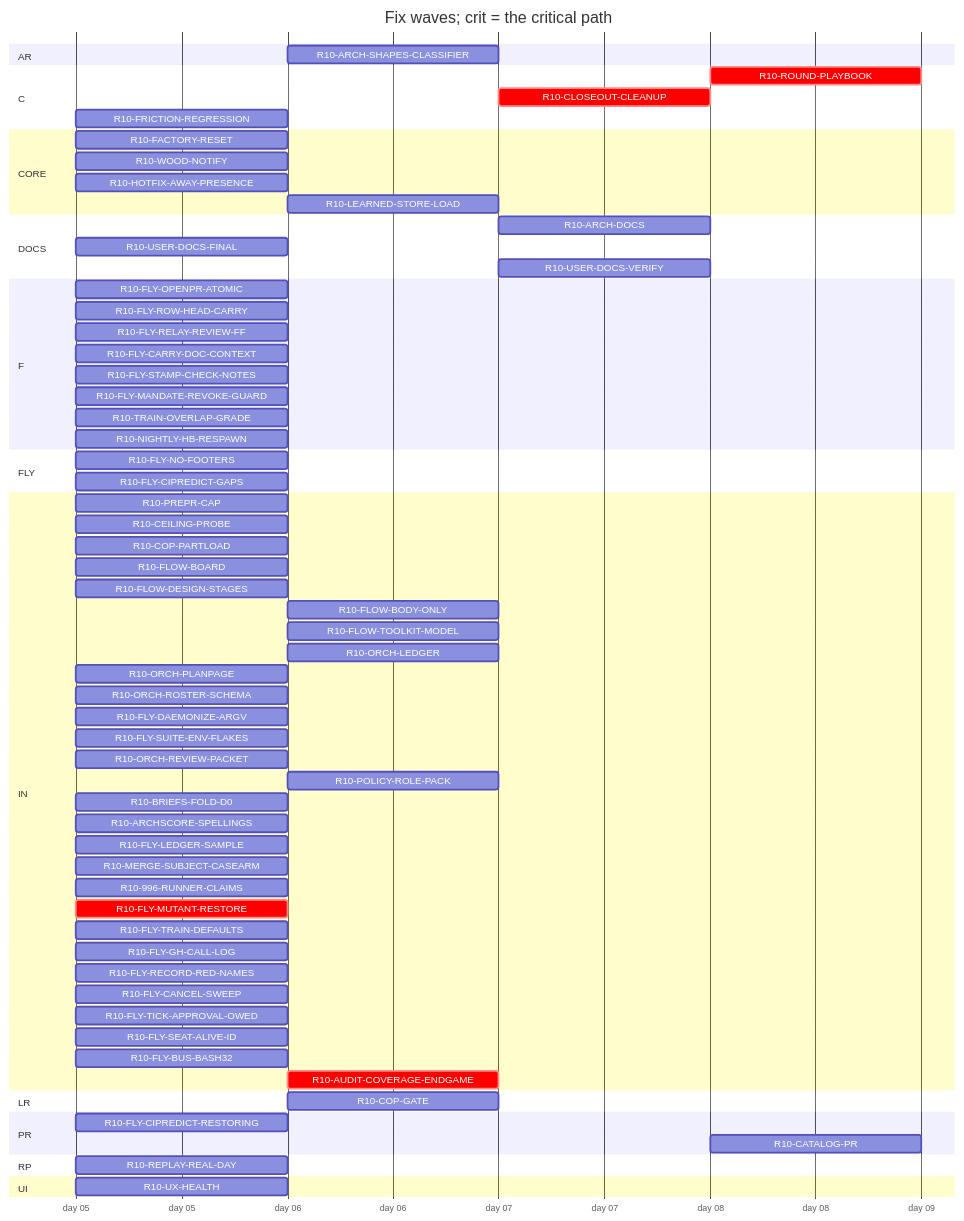
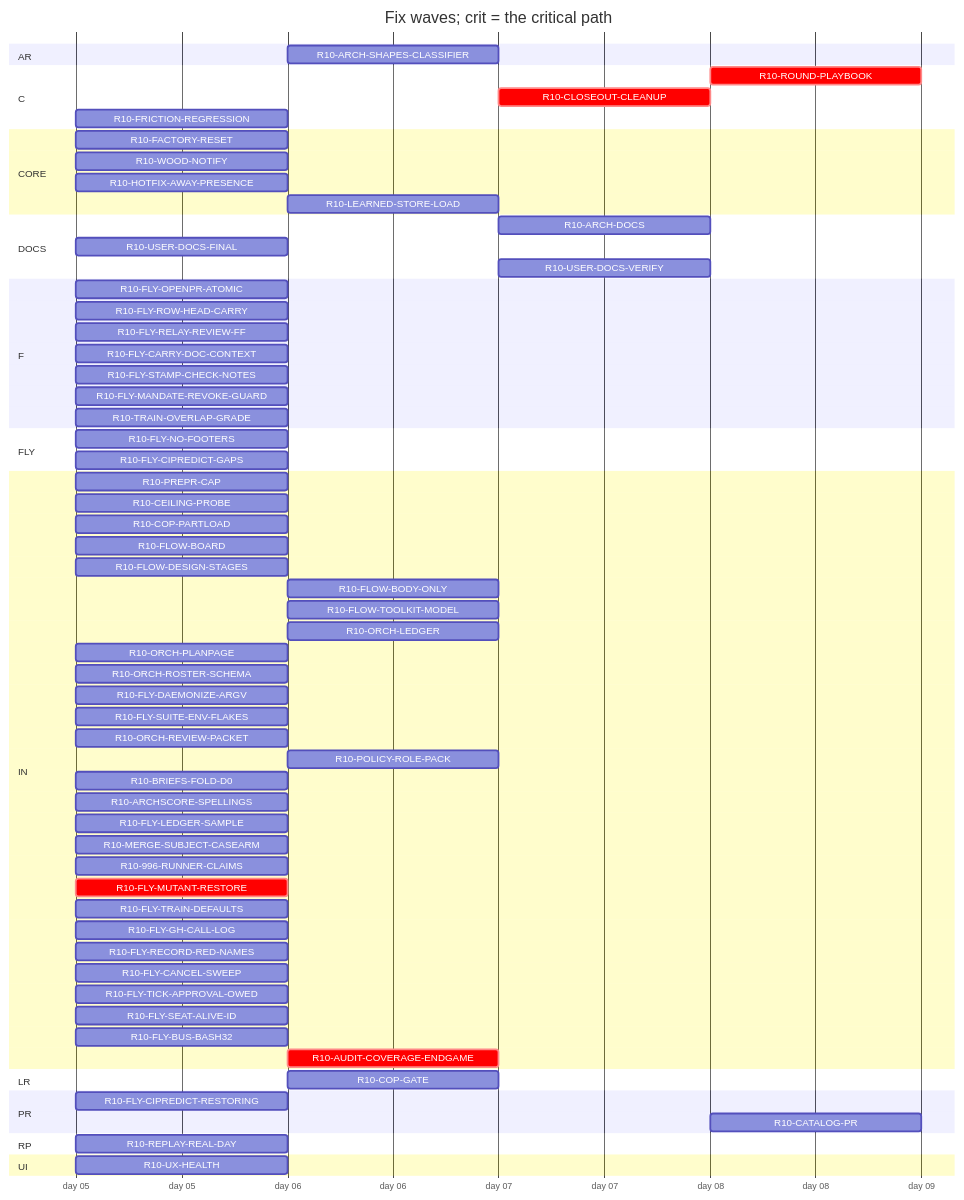
The diagram in handoff/round10/state/PLAN-TABLE.md (tvofi/heatpump_optimizer), drawn with Mermaid before and after one commit. The commit also changed other lines of this file and 3 other files, not shown here.

Commit message:
state: FLOW-BOARD.md, NEXT-SESSION-PROMPT.md, PLAN-TABLE.md, RESUME-CURRENT.md regenerated (state_docs.py)

````diff
--- a/handoff/round10/state/PLAN-TABLE.md
+++ b/handoff/round10/state/PLAN-TABLE.md
@@ -24,71 +24,70 @@
 ```mermaid
 gantt
   title Fix waves; crit = the critical path
   dateFormat YYYY-MM-DD
   axisFormat day %d
   section AR
     R10-ARCH-SHAPES-CLASSIFIER :r10ARCHSHAPESCLASSIFIER, after r10996RUNNERCLAIMS, 1d
   section C
     R10-ROUND-PLAYBOOK :crit, r10ROUNDPLAYBOOK, after r10ORCHLEDGER r10ORCHPLANPAGE r10FLYRELAYREVIEWFF r10FLOWBODYONLY r10AUDITCOVERAGEENDGAME r10FLOWDESIGNSTAGES r10ORCHROSTERSCHEMA r10FLOWTOOLKITMODEL r10TRAINOVERLAPGRADE r10FLYTRAINDEFAULTS r10FLYCANCELSWEEP r10POLICYROLEPACK r10ORCHREVIEWPACKET r10FLOWBOARD r10CLOSEOUTCLEANUP, 1d
     R10-CLOSEOUT-CLEANUP :crit, r10CLOSEOUTCLEANUP, after r10AUDITCOVERAGEENDGAME, 1d
     R10-FRICTION-REGRESSION :r10FRICTIONREGRESSION, 2026-01-05, 1d
   section CORE
     R10-FACTORY-RESET :r10FACTORYRESET, 2026-01-05, 1d
     R10-WOOD-NOTIFY :r10WOODNOTIFY, 2026-01-05, 1d
     R10-HOTFIX-AWAY-PRESENCE :r10HOTFIXAWAYPRESENCE, 2026-01-05, 1d
     R10-LEARNED-STORE-LOAD :r10LEARNEDSTORELOAD, after r10FACTORYRESET, 1d
   section DOCS
-    R10-ARCH-DOCS :r10ARCHDOCS, after r10COPGATE r10UXHEALTH r10CEILINGPROBE r10COPPARTLOAD r10FLOWBOARD r10FLOWDESIGNSTAGES r10FLOWBODYONLY r10FLYOPENPRATOMIC r10FLYROWHEADCARRY r10FLYRELAYREVIEWFF r10FLYCARRYDOCCONTEXT r10FLOWTOOLKITMODEL r10FLYSTAMPCHECKNOTES r10FLYMANDATEREVOKEGUARD r10TRAINOVERLAPGRADE r10NIGHTLYHBRESPAWN r10ORCHLEDGER r10ORCHPLANPAGE r10ORCHROSTERSCHEMA r10FLYDAEMONIZEARGV r10ORCHREVIEWPACKET r10POLICYROLEPACK r10BRIEFSFOLDD0 r10REPLAYREALDAY r10ARCHSCORESPELLINGS r10FLYLEDGERSAMPLE, 1d
+    R10-ARCH-DOCS :r10ARCHDOCS, after r10COPGATE r10UXHEALTH r10CEILINGPROBE r10COPPARTLOAD r10FLOWBOARD r10FLOWDESIGNSTAGES r10FLOWBODYONLY r10FLYOPENPRATOMIC r10FLYROWHEADCARRY r10FLYRELAYREVIEWFF r10FLYCARRYDOCCONTEXT r10FLOWTOOLKITMODEL r10FLYSTAMPCHECKNOTES r10FLYMANDATEREVOKEGUARD r10TRAINOVERLAPGRADE r10FLYSUITEENVFLAKES r10ORCHLEDGER r10ORCHPLANPAGE r10ORCHROSTERSCHEMA r10FLYDAEMONIZEARGV r10ORCHREVIEWPACKET r10POLICYROLEPACK r10BRIEFSFOLDD0 r10REPLAYREALDAY r10ARCHSCORESPELLINGS r10FLYLEDGERSAMPLE, 1d
     R10-USER-DOCS-FINAL :r10USERDOCSFINAL, 2026-01-05, 1d
     R10-USER-DOCS-VERIFY :r10USERDOCSVERIFY, after r10COPGATE r10UXHEALTH r10CEILINGPROBE r10COPPARTLOAD r10FACTORYRESET r10WOODNOTIFY r10USERDOCSFINAL r10ARCHSHAPESCLASSIFIER r10HOTFIXAWAYPRESENCE, 1d
   section F
     R10-FLY-OPENPR-ATOMIC :r10FLYOPENPRATOMIC, 2026-01-05, 1d
     R10-FLY-ROW-HEAD-CARRY :r10FLYROWHEADCARRY, 2026-01-05, 1d
     R10-FLY-RELAY-REVIEW-FF :r10FLYRELAYREVIEWFF, 2026-01-05, 1d
     R10-FLY-CARRY-DOC-CONTEXT :r10FLYCARRYDOCCONTEXT, 2026-01-05, 1d
     R10-FLY-STAMP-CHECK-NOTES :r10FLYSTAMPCHECKNOTES, 2026-01-05, 1d
     R10-FLY-MANDATE-REVOKE-GUARD :r10FLYMANDATEREVOKEGUARD, 2026-01-05, 1d
     R10-TRAIN-OVERLAP-GRADE :r10TRAINOVERLAPGRADE, 2026-01-05, 1d
-    R10-NIGHTLY-HB-RESPAWN :r10NIGHTLYHBRESPAWN, 2026-01-05, 1d
   section FLY
     R10-FLY-NO-FOOTERS :r10FLYNOFOOTERS, 2026-01-05, 1d
     R10-FLY-CIPREDICT-GAPS :r10FLYCIPREDICTGAPS, 2026-01-05, 1d
   section IN
     R10-PREPR-CAP :r10PREPRCAP, 2026-01-05, 1d
     R10-CEILING-PROBE :r10CEILINGPROBE, 2026-01-05, 1d
     R10-COP-PARTLOAD :r10COPPARTLOAD, 2026-01-05, 1d
     R10-FLOW-BOARD :r10FLOWBOARD, 2026-01-05, 1d
     R10-FLOW-DESIGN-STAGES :r10FLOWDESIGNSTAGES, 2026-01-05, 1d
     R10-FLOW-BODY-ONLY :r10FLOWBODYONLY, after r10FLYOPENPRATOMIC, 1d
     R10-FLOW-TOOLKIT-MODEL :r10FLOWTOOLKITMODEL, after r10ORCHPLANPAGE r10FLYCANCELSWEEP, 1d
     R10-ORCH-LEDGER :r10ORCHLEDGER, after r10FLYCANCELSWEEP, 1d
     R10-ORCH-PLANPAGE :r10ORCHPLANPAGE, 2026-01-05, 1d
     R10-ORCH-ROSTER-SCHEMA :r10ORCHROSTERSCHEMA, 2026-01-05, 1d
     R10-FLY-DAEMONIZE-ARGV :r10FLYDAEMONIZEARGV, 2026-01-05, 1d
     R10-FLY-SUITE-ENV-FLAKES :r10FLYSUITEENVFLAKES, 2026-01-05, 1d
     R10-ORCH-REVIEW-PACKET :r10ORCHREVIEWPACKET, 2026-01-05, 1d
     R10-POLICY-ROLE-PACK :r10POLICYROLEPACK, after r10FLOWDESIGNSTAGES, 1d
     R10-BRIEFS-FOLD-D0 :r10BRIEFSFOLDD0, 2026-01-05, 1d
     R10-ARCHSCORE-SPELLINGS :r10ARCHSCORESPELLINGS, 2026-01-05, 1d
     R10-FLY-LEDGER-SAMPLE :r10FLYLEDGERSAMPLE, 2026-01-05, 1d
     R10-MERGE-SUBJECT-CASEARM :r10MERGESUBJECTCASEARM, 2026-01-05, 1d
     R10-996-RUNNER-CLAIMS :r10996RUNNERCLAIMS, 2026-01-05, 1d
     R10-FLY-MUTANT-RESTORE :crit, r10FLYMUTANTRESTORE, 2026-01-05, 1d
     R10-FLY-TRAIN-DEFAULTS :r10FLYTRAINDEFAULTS, 2026-01-05, 1d
     R10-FLY-GH-CALL-LOG :r10FLYGHCALLLOG, 2026-01-05, 1d
     R10-FLY-RECORD-RED-NAMES :r10FLYRECORDREDNAMES, 2026-01-05, 1d
     R10-FLY-CANCEL-SWEEP :r10FLYCANCELSWEEP, 2026-01-05, 1d
     R10-FLY-TICK-APPROVAL-OWED :r10FLYTICKAPPROVALOWED, 2026-01-05, 1d
     R10-FLY-SEAT-ALIVE-ID :r10FLYSEATALIVEID, 2026-01-05, 1d
     R10-FLY-BUS-BASH32 :r10FLYBUSBASH32, 2026-01-05, 1d
     R10-AUDIT-COVERAGE-ENDGAME :crit, r10AUDITCOVERAGEENDGAME, after r10FLYMUTANTRESTORE r10996RUNNERCLAIMS, 1d
   section LR
     R10-COP-GATE :r10COPGATE, after r10CEILINGPROBE, 1d
   section PR
     R10-FLY-CIPREDICT-RESTORING :r10FLYCIPREDICTRESTORING, 2026-01-05, 1d
     R10-CATALOG-PR :r10CATALOGPR, after r10USERDOCSVERIFY r10AUDITCOVERAGEENDGAME, 1d
   section RP
     R10-REPLAY-REAL-DAY :r10REPLAYREALDAY, 2026-01-05, 1d
   section UI
     R10-UX-HEALTH :r10UXHEALTH, 2026-01-05, 1d
 ```
````
